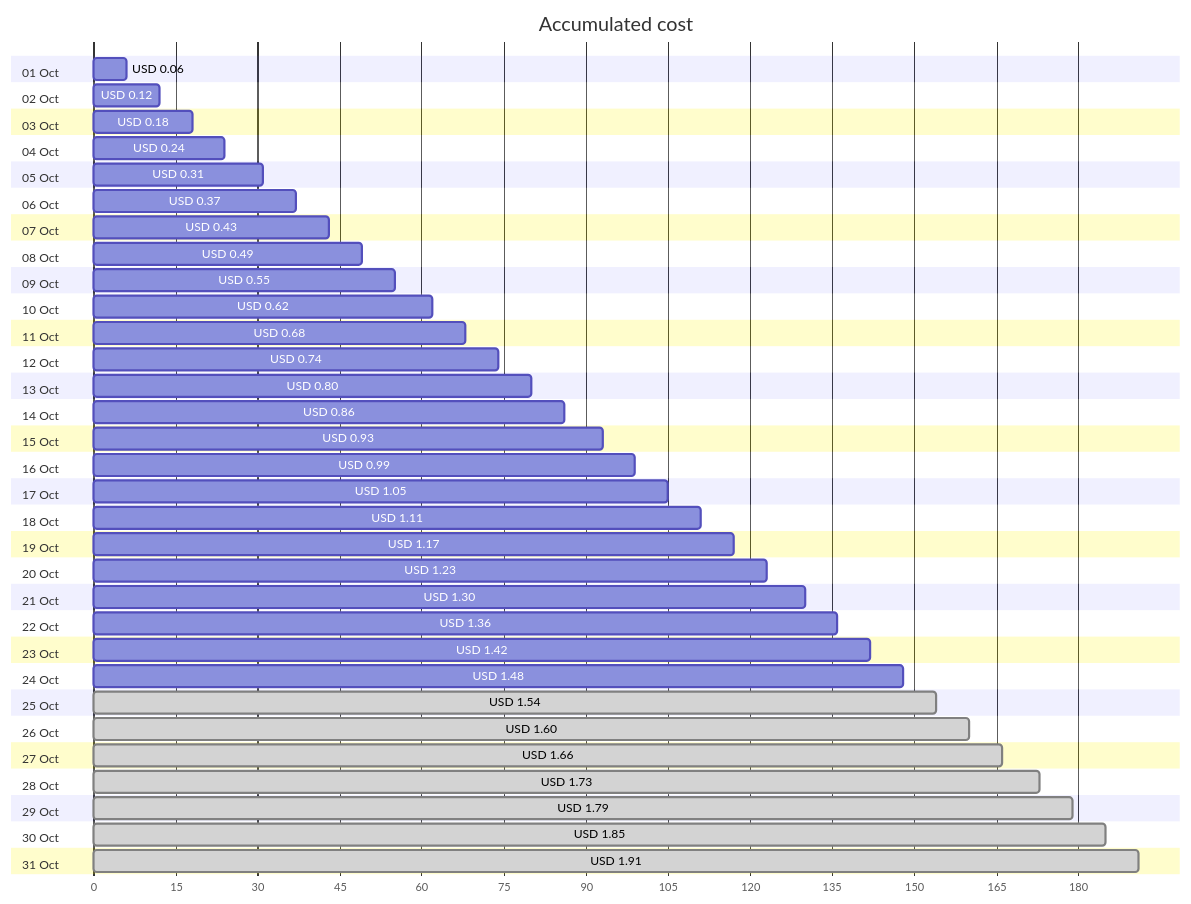
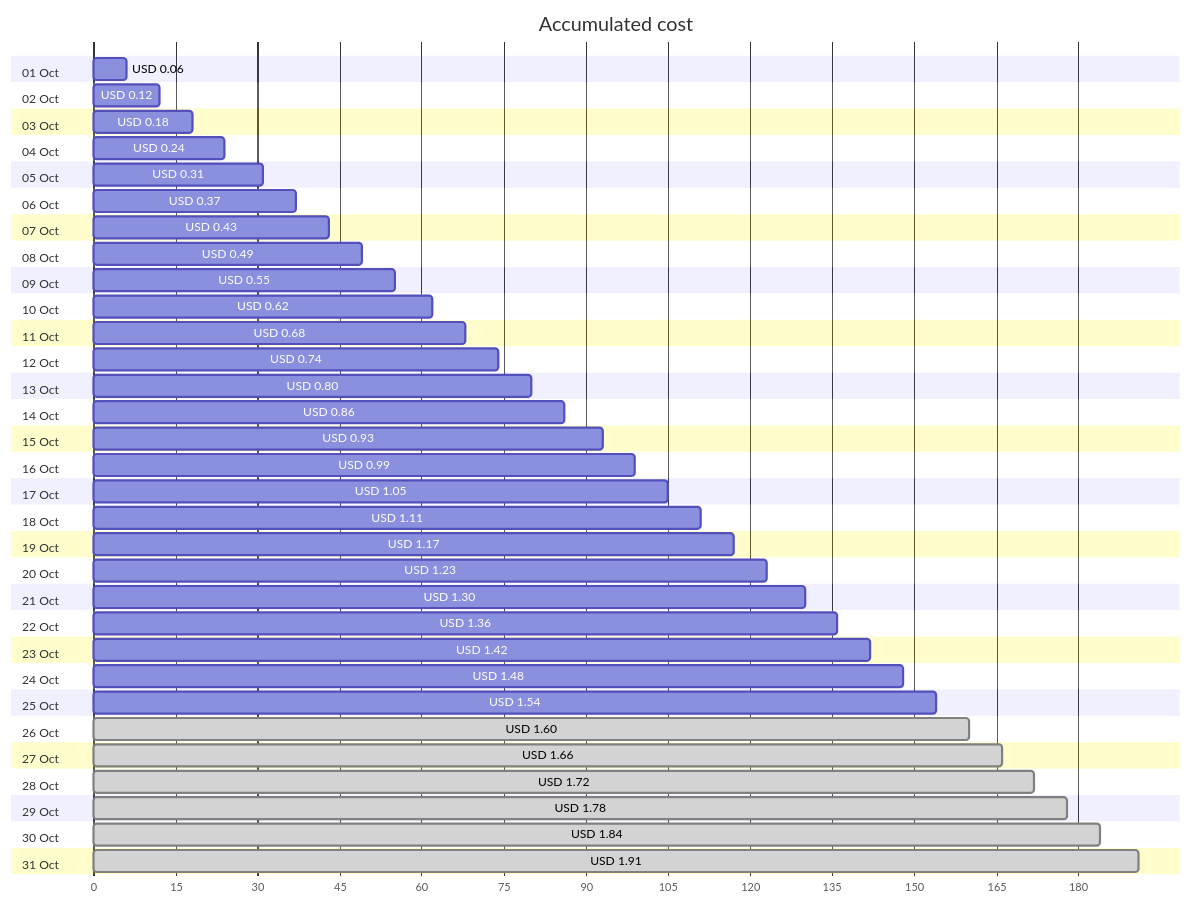
Before and after one commit to jpfulton/azure-personal-reports: the first of 4 diagrams in cost-reports/personal-network/backup-server_OsDisk.md, drawn with Mermaid. The commit also changed other lines of this file and 7 other files, not shown here.

````diff
--- a/cost-reports/personal-network/backup-server_OsDisk.md
+++ b/cost-reports/personal-network/backup-server_OsDisk.md
@@ -20,68 +20,68 @@
 ```mermaid
 gantt
    title Accumulated cost
    dateFormat  X
    axisFormat %s
    section 01 Oct
    USD 0.06 :0, 6
    section 02 Oct
    USD 0.12 :0, 12
    section 03 Oct
    USD 0.18 :0, 18
    section 04 Oct
    USD 0.24 :0, 24
    section 05 Oct
    USD 0.31 :0, 31
    section 06 Oct
    USD 0.37 :0, 37
    section 07 Oct
    USD 0.43 :0, 43
    section 08 Oct
    USD 0.49 :0, 49
    section 09 Oct
    USD 0.55 :0, 55
    section 10 Oct
    USD 0.62 :0, 62
    section 11 Oct
    USD 0.68 :0, 68
    section 12 Oct
    USD 0.74 :0, 74
    section 13 Oct
    USD 0.80 :0, 80
    section 14 Oct
    USD 0.86 :0, 86
    section 15 Oct
    USD 0.93 :0, 93
    section 16 Oct
    USD 0.99 :0, 99
    section 17 Oct
    USD 1.05 :0, 105
    section 18 Oct
    USD 1.11 :0, 111
    section 19 Oct
    USD 1.17 :0, 117
    section 20 Oct
    USD 1.23 :0, 123
    section 21 Oct
    USD 1.30 :0, 130
    section 22 Oct
    USD 1.36 :0, 136
    section 23 Oct
    USD 1.42 :0, 142
    section 24 Oct
    USD 1.48 :0, 148
    section 25 Oct
-   USD 1.54 : done, 0, 154
+   USD 1.54 :0, 154
    section 26 Oct
    USD 1.60 : done, 0, 160
    section 27 Oct
    USD 1.66 : done, 0, 166
    section 28 Oct
-   USD 1.73 : done, 0, 173
+   USD 1.72 : done, 0, 172
    section 29 Oct
-   USD 1.79 : done, 0, 179
+   USD 1.78 : done, 0, 178
    section 30 Oct
-   USD 1.85 : done, 0, 185
+   USD 1.84 : done, 0, 184
    section 31 Oct
    USD 1.91 : done, 0, 191
 ```
````
